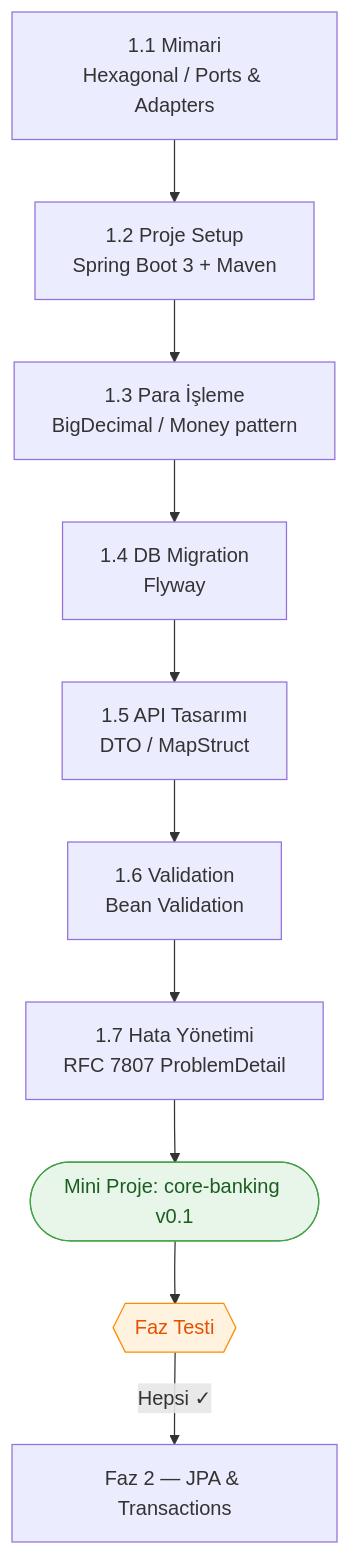
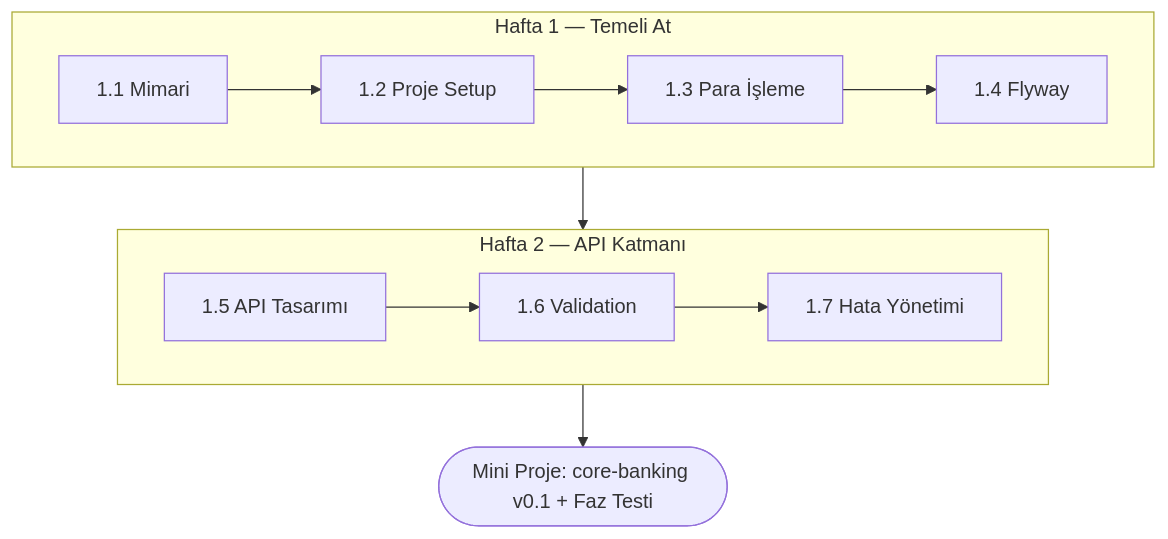
Before and after one commit to adraarda23/banking-learning: the diagram in 01-foundation/README.md, drawn with Mermaid. The commit also changed other lines of this file and 37 other files, not shown here.

````diff
--- a/01-foundation/README.md
+++ b/01-foundation/README.md
@@ -35,15 +35,12 @@
 ```mermaid
 flowchart TD
-    A["1.1 Mimari<br/>Hexagonal / Ports & Adapters"] --> B["1.2 Proje Setup<br/>Spring Boot 3 + Maven"]
-    B --> C["1.3 Para İşleme<br/>BigDecimal / Money pattern"]
-    C --> D["1.4 DB Migration<br/>Flyway"]
-    D --> E["1.5 API Tasarımı<br/>DTO / MapStruct"]
-    E --> F["1.6 Validation<br/>Bean Validation"]
-    F --> G["1.7 Hata Yönetimi<br/>RFC 7807 ProblemDetail"]
-    G --> MP(["Mini Proje: core-banking v0.1"])
-    MP --> PT{{"Faz Testi"}}
-    PT -->|"Hepsi ✓"| F2["Faz 2 — JPA & Transactions"]
-
-    style MP fill:#e8f5e9,stroke:#43a047,color:#1b5e20
-    style PT fill:#fff3e0,stroke:#fb8c00,color:#e65100
+    subgraph HaftaBir["Hafta 1 — Temeli At"]
+        direction LR
+        A["1.1 Mimari"] --> B["1.2 Proje Setup"] --> C["1.3 Para İşleme"] --> D["1.4 Flyway"]
+    end
+    subgraph HaftaIki["Hafta 2 — API Katmanı"]
+        direction LR
+        E["1.5 API Tasarımı"] --> F["1.6 Validation"] --> G["1.7 Hata Yönetimi"]
+    end
+    HaftaBir --> HaftaIki --> MP(["Mini Proje: core-banking v0.1 + Faz Testi"])
 ```
````
